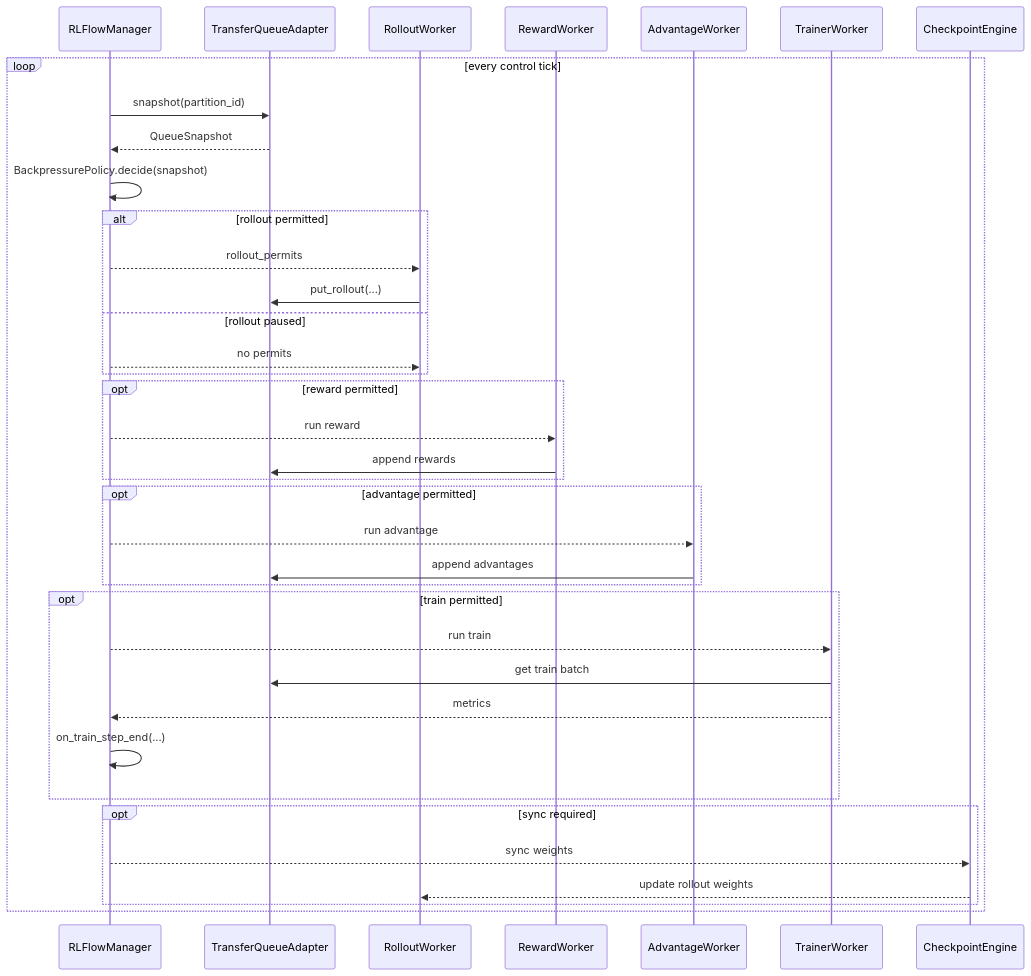
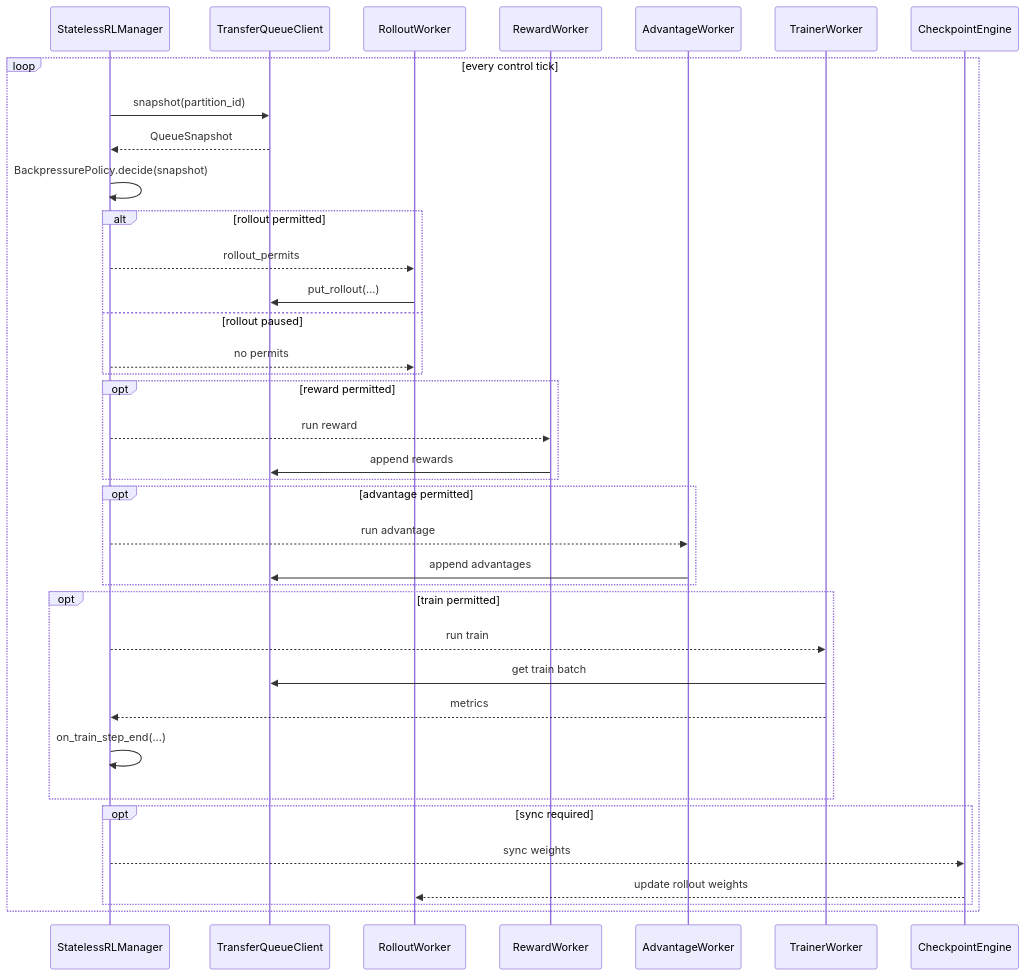
The fifth of 6 diagrams in docs/source_zh/组件/Gym/Async-Agentic-RL-Spec.md (meichangsu1/twinkle), drawn with Mermaid before and after one commit. The commit also changed other lines of this file and 1 other file, not shown here.

````diff
--- a/docs/source_zh/组件/Gym/Async-Agentic-RL-Spec.md
+++ b/docs/source_zh/组件/Gym/Async-Agentic-RL-Spec.md
@@ -438,45 +572,45 @@
 ```mermaid
 sequenceDiagram
-    participant M as RLFlowManager
-    participant Q as TransferQueueAdapter
+    participant M as StatelessRLManager
+    participant Q as TransferQueueClient
     participant R as RolloutWorker
     participant W as RewardWorker
     participant A as AdvantageWorker
     participant T as TrainerWorker
     participant S as CheckpointEngine
 
     loop every control tick
         M->>Q: snapshot(partition_id)
         Q-->>M: QueueSnapshot
         M->>M: BackpressurePolicy.decide(snapshot)
 
         alt rollout permitted
             M-->>R: rollout_permits
             R->>Q: put_rollout(...)
         else rollout paused
             M-->>R: no permits
         end
 
         opt reward permitted
             M-->>W: run reward
             W->>Q: append rewards
         end
 
         opt advantage permitted
             M-->>A: run advantage
             A->>Q: append advantages
         end
 
         opt train permitted
             M-->>T: run train
             T->>Q: get train batch
             T-->>M: metrics
             M->>M: on_train_step_end(...)
         end
 
         opt sync required
             M-->>S: sync weights
             S-->>R: update rollout weights
         end
     end
 ```
````
